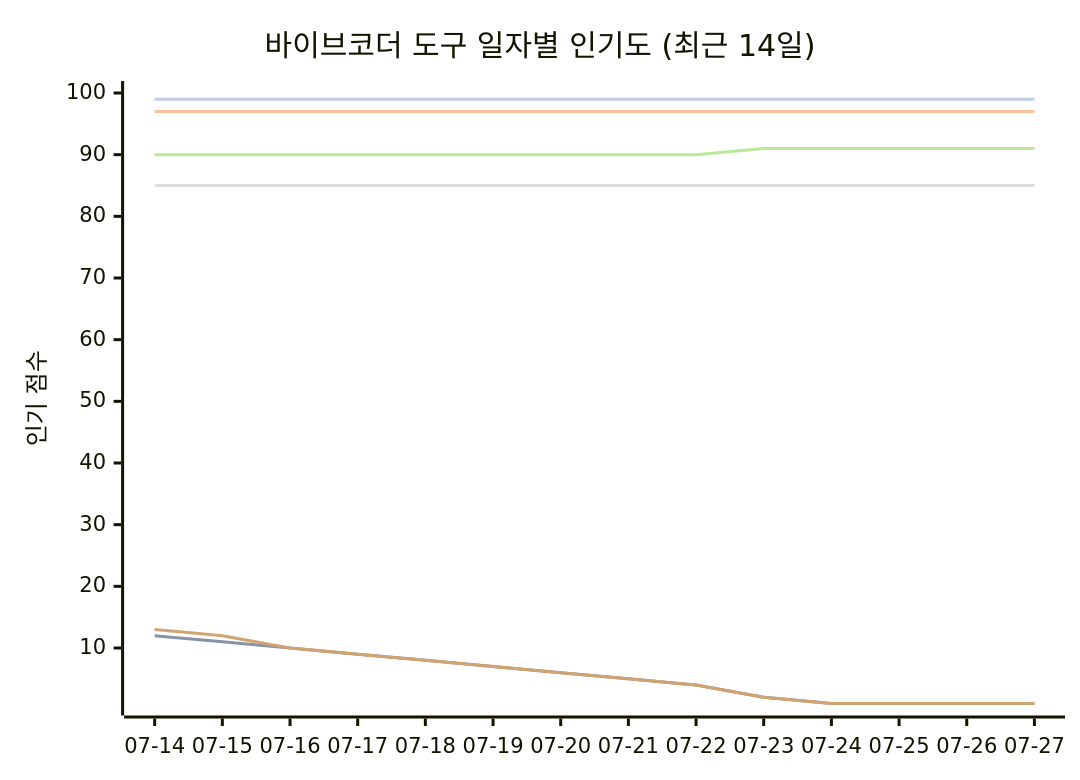
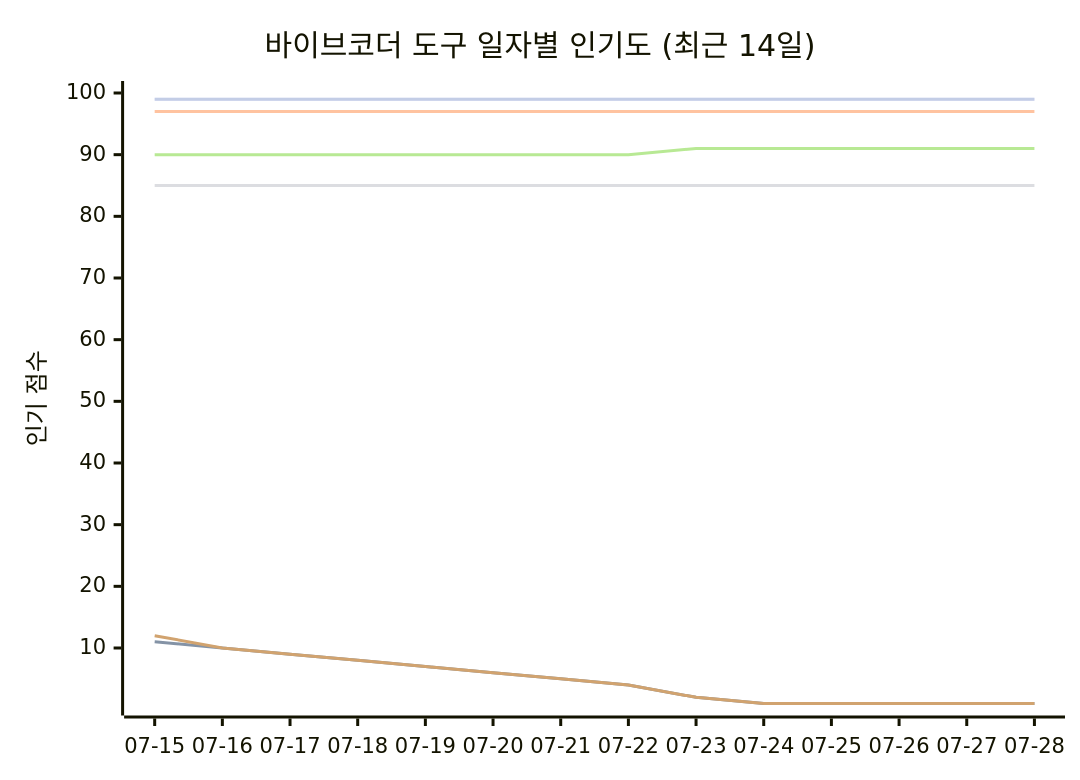
Before and after one commit to tykimos/ai-whatchelin: the seventh of 11 diagrams in README_ko.md, drawn with Mermaid. The commit also changed other lines of this file and 4 other files, not shown here.

````diff
--- a/README_ko.md
+++ b/README_ko.md
@@ -2056,13 +2056,13 @@
 ```mermaid
 xychart-beta
     title "바이브코더 도구 일자별 인기도 (최근 14일)"
-    x-axis ["07-14", "07-15", "07-16", "07-17", "07-18", "07-19", "07-20", "07-21", "07-22", "07-23", "07-24", "07-25", "07-26", "07-27"]
+    x-axis ["07-15", "07-16", "07-17", "07-18", "07-19", "07-20", "07-21", "07-22", "07-23", "07-24", "07-25", "07-26", "07-27", "07-28"]
     y-axis "인기 점수" 1 --> 100
     line "Claude Code" [99, 99, 99, 99, 99, 99, 99, 99, 99, 99, 99, 99, 99, 99]
-    line "GH Copilot" [12, 11, 10, 9, 8, 7, 6, 5, 4, 2, 1, 1, 1, 1]
+    line "GH Copilot" [11, 10, 9, 8, 7, 6, 5, 4, 2, 1, 1, 1, 1, 1]
     line "Cursor" [97, 97, 97, 97, 97, 97, 97, 97, 97, 97, 97, 97, 97, 97]
     line "Windsurf" [85, 85, 85, 85, 85, 85, 85, 85, 85, 85, 85, 85, 85, 85]
-    line "Codex CLI" [90, 90, 90, 90, 90, 90, 90, 90, 90, 91, 91, 91, 91, 91]
-    line "Gemini CLI" [13, 12, 10, 9, 8, 7, 6, 5, 4, 2, 1, 1, 1, 1]
+    line "Codex CLI" [90, 90, 90, 90, 90, 90, 90, 90, 91, 91, 91, 91, 91, 91]
+    line "Gemini CLI" [12, 10, 9, 8, 7, 6, 5, 4, 2, 1, 1, 1, 1, 1]
     line "Antigravity" [99, 99, 99, 99, 99, 99, 99, 99, 99, 99, 99, 99, 99, 99]
 ```
````
